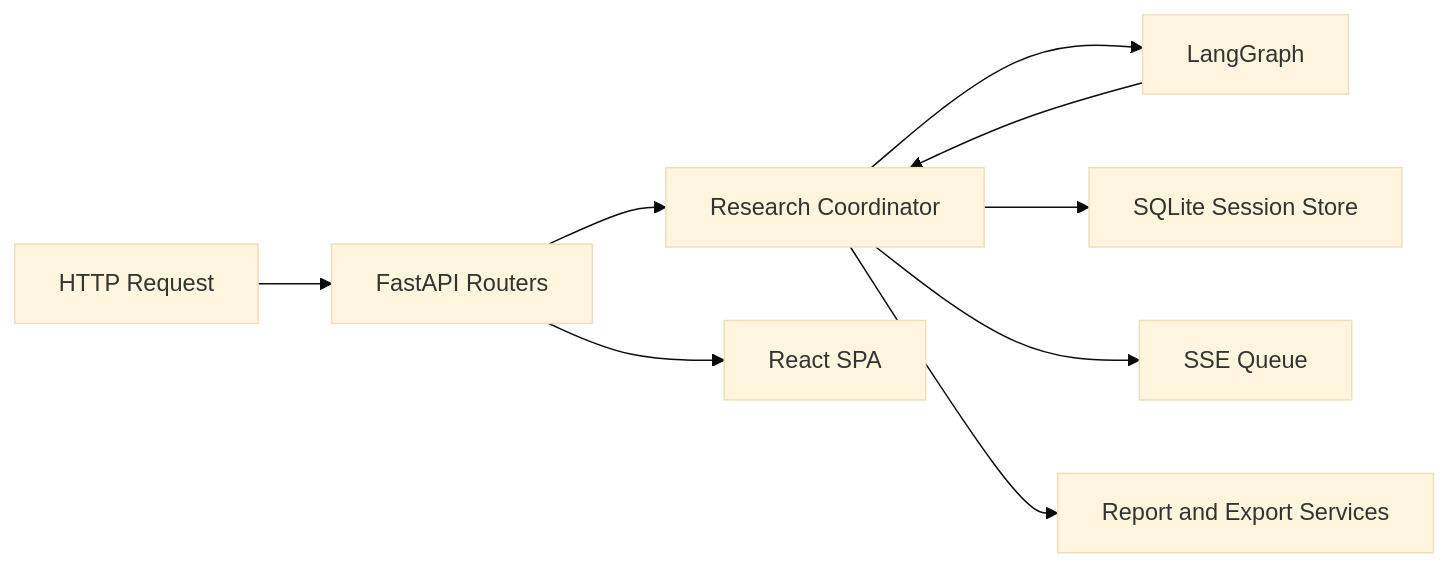
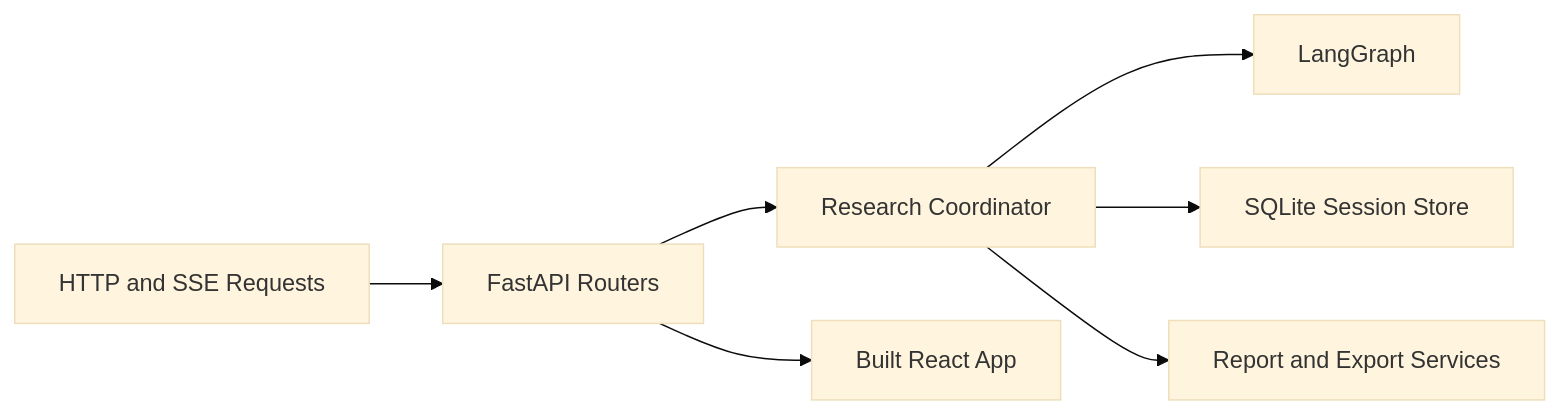
One commit to greenp8888/Submissions_C5 changed the fourth of 8 diagrams in Group_9/ai-hackathon/docs/ARCHITECTURE.md. Above: the diagram before and after it, drawn with Mermaid (base theme). The commit also changed other lines of this file and 35 other files, not shown here.

````diff
--- a/Group_9/ai-hackathon/docs/ARCHITECTURE.md
+++ b/Group_9/ai-hackathon/docs/ARCHITECTURE.md
@@ -137,20 +192,17 @@
 ```mermaid
 flowchart LR
-    HTTP[HTTP Request]
-    API[FastAPI Routers]
-    Coord[Research Coordinator]
+    HTTP[HTTP and SSE Requests]
+    Routers[FastAPI Routers]
+    Coordinator[Research Coordinator]
     Graph[LangGraph]
-    Store[SQLite Session Store]
-    Queue[SSE Queue]
-    Render[Report and Export Services]
-    SPA[React SPA]
+    SessionStore[SQLite Session Store]
+    Services[Report and Export Services]
+    SPA[Built React App]
 
-    HTTP --> API
-    API --> Coord
-    Coord --> Graph
-    Graph --> Coord
-    Coord --> Store
-    Coord --> Queue
-    Coord --> Render
-    API --> SPA
+    HTTP --> Routers
+    Routers --> Coordinator
+    Coordinator --> Graph
+    Coordinator --> SessionStore
+    Coordinator --> Services
+    Routers --> SPA
 ```
````
